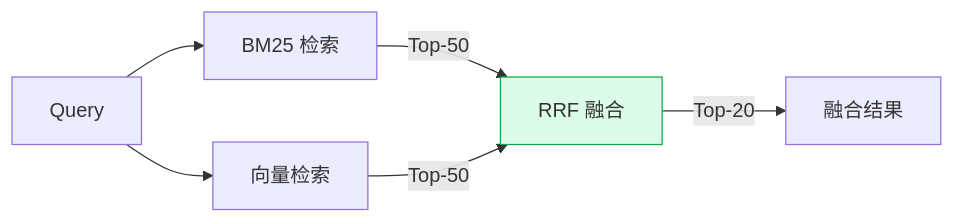
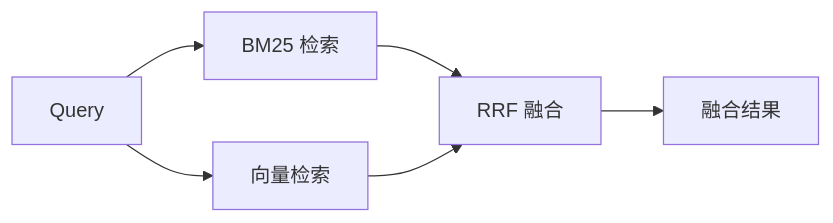
The seventh of 9 diagrams in docs/llms/rag/index.md (likebeans/notes-on-llms), drawn with Mermaid before and after one commit. The commit also changed other lines of this file and 2 other files, not shown here.

Commit message:
feat: 添加 Mermaid 流程图支持并优化样式

````diff
--- a/docs/llms/rag/index.md
+++ b/docs/llms/rag/index.md
@@ -390,10 +329,8 @@
 ```mermaid
 flowchart LR
     Q[Query] --> BM[BM25 检索]
     Q --> DV[向量检索]
-    BM --> |Top-50| RRF[RRF 融合]
-    DV --> |Top-50| RRF
-    RRF --> |Top-20| R[融合结果]
-    
-    style RRF fill:#dcfce7,stroke:#16a34a
+    BM --> RRF[RRF 融合]
+    DV --> RRF
+    RRF --> R[融合结果]
 ```
````
